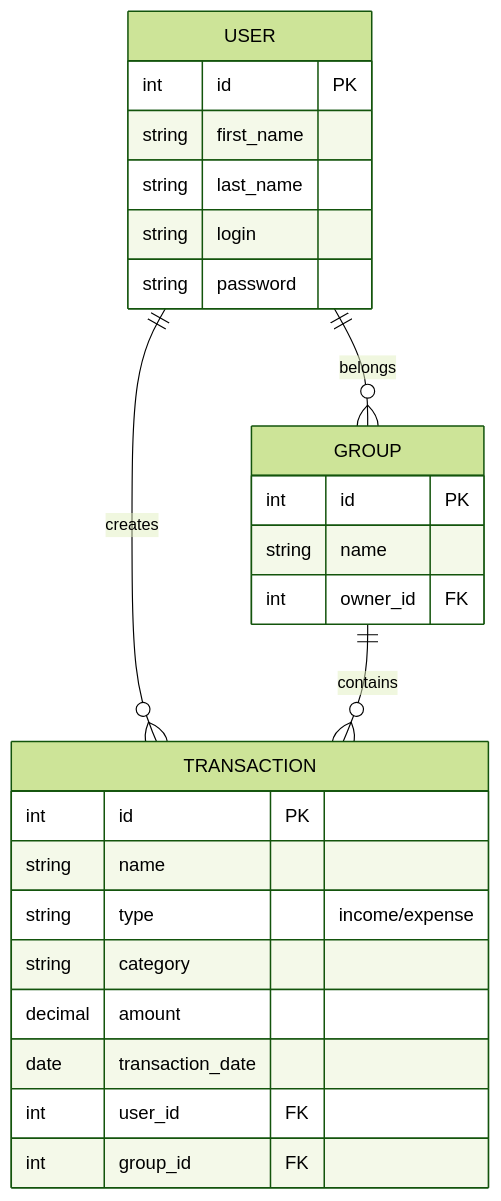
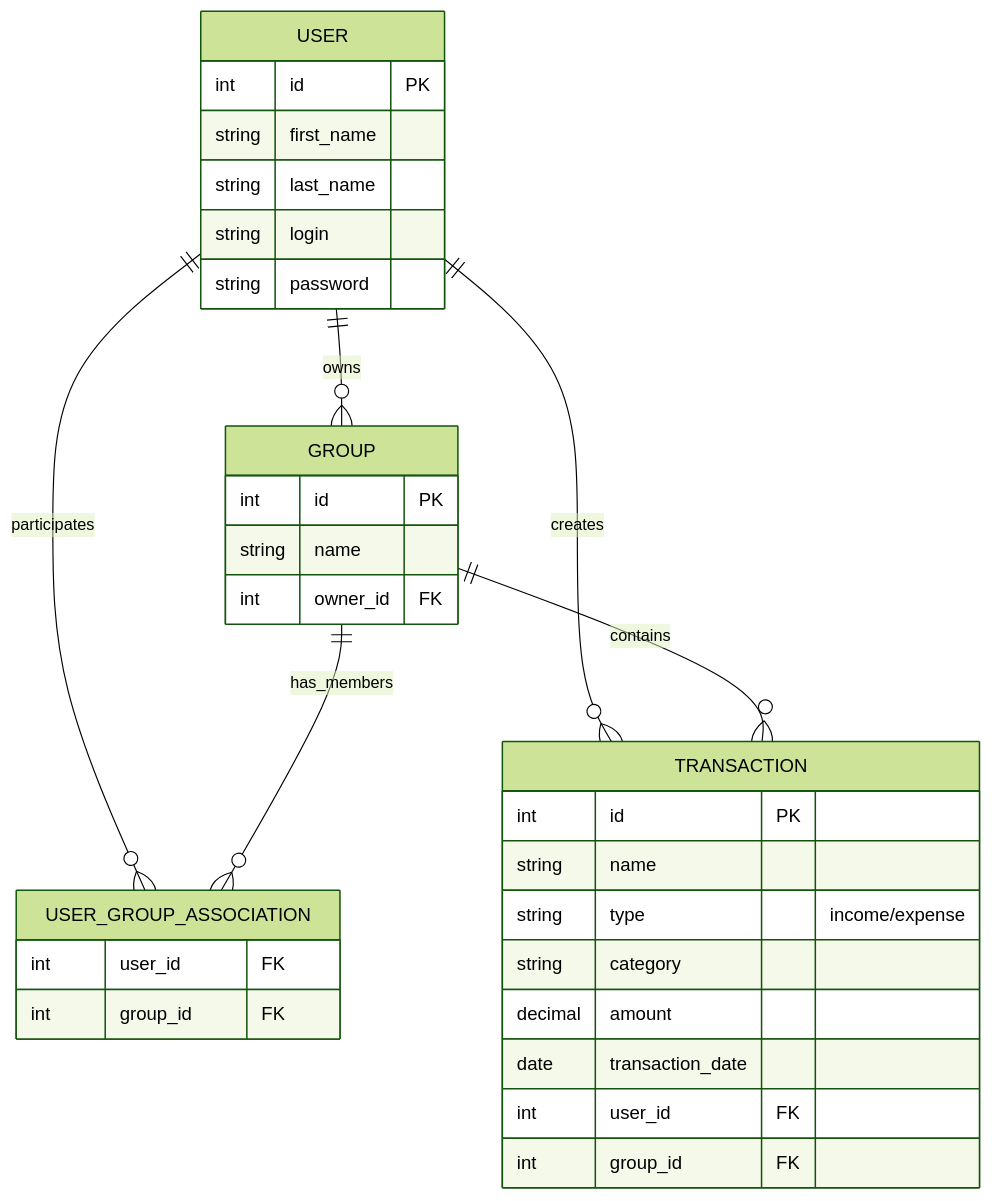
The diagram in README.md (MIPT-PD-PP-1/finance-tracker), drawn with Mermaid (forest theme) before and after one commit. The commit also changed other lines of this file and 4 other files, not shown here.

````diff
--- a/README.md
+++ b/README.md
@@ -49,31 +53,38 @@
 ```mermaid
 erDiagram
     USER {
         int id PK
         string first_name
         string last_name
         string login
         string password
     }
 
     GROUP {
         int id PK
         string name
         int owner_id FK
     }
+    
+    USER_GROUP_ASSOCIATION {
+        int user_id FK
+        int group_id FK
+    }
 
     TRANSACTION {
         int id PK
         string name
         string type "income/expense"
         string category
         decimal amount
         date transaction_date
         int user_id FK
         int group_id FK
     }
 
-    USER ||--o{ GROUP : "belongs"
+    USER ||--o{ GROUP : "owns"
+    USER ||--o{ USER_GROUP_ASSOCIATION : "participates"
+    GROUP ||--o{ USER_GROUP_ASSOCIATION : "has_members"
     USER ||--o{ TRANSACTION : "creates"
     GROUP ||--o{ TRANSACTION : "contains"
 ```
````
